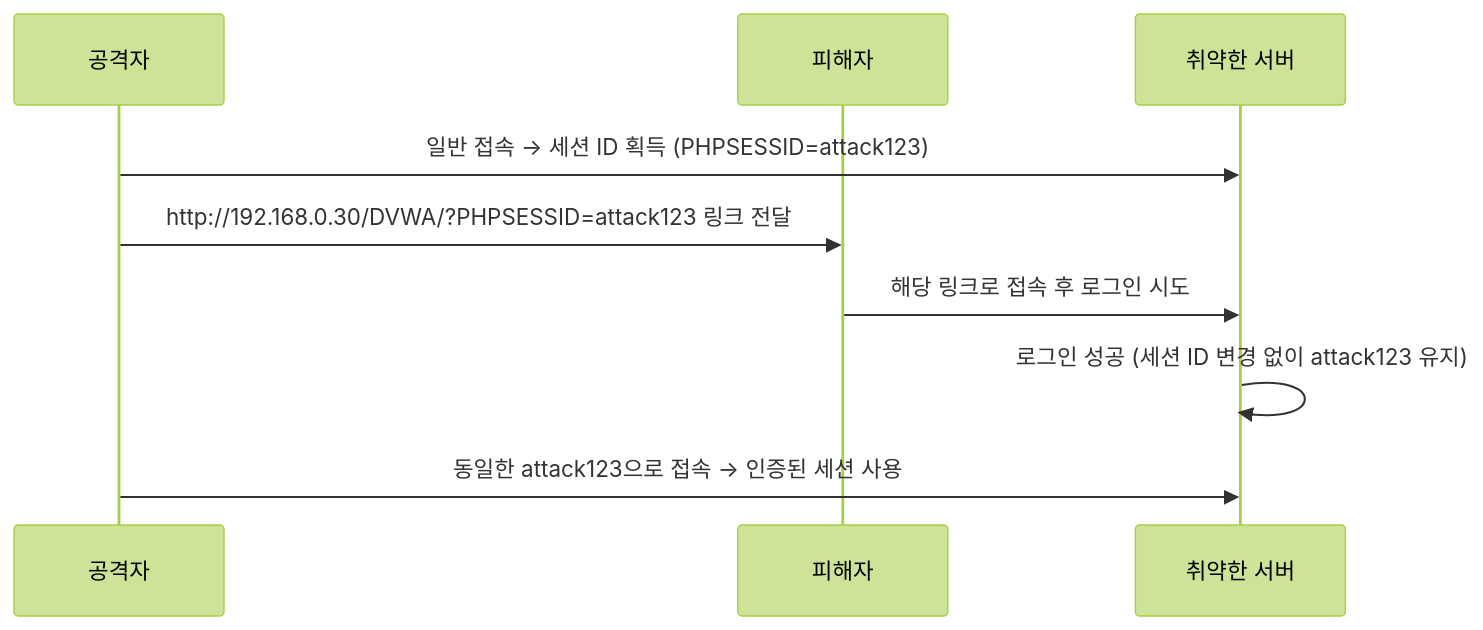
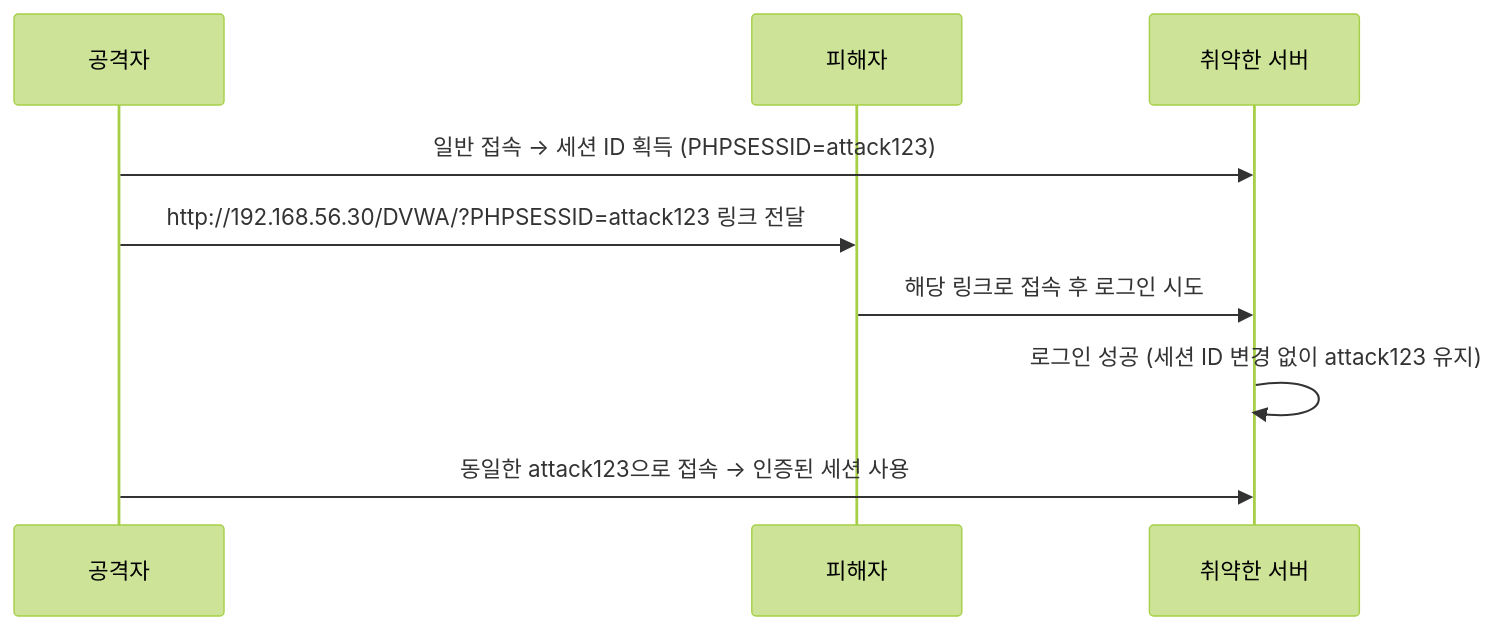
Before and after one commit to sbaek100/sbaek100.github.io: the fourth of 5 diagrams in _posts/1.응용강의/websecurity/2026-06-01-websec-06-session-security.md, drawn with Mermaid (forest theme). The commit also changed other lines of this file and 518 other files, not shown here.

````diff
--- a/_posts/1.응용강의/websecurity/2026-06-01-websec-06-session-security.md
+++ b/_posts/1.응용강의/websecurity/2026-06-01-websec-06-session-security.md
@@ -279,12 +279,12 @@
 ```mermaid
 sequenceDiagram
     participant A as 공격자
     participant V as 피해자
     participant S as 취약한 서버
 
     A->>S: 일반 접속 → 세션 ID 획득 (PHPSESSID=attack123)
-    A->>V: http://192.168.0.30/DVWA/?PHPSESSID=attack123 링크 전달
+    A->>V: http://192.168.56.30/DVWA/?PHPSESSID=attack123 링크 전달
     V->>S: 해당 링크로 접속 후 로그인 시도
     S->>S: 로그인 성공 (세션 ID 변경 없이 attack123 유지)
     A->>S: 동일한 attack123으로 접속 → 인증된 세션 사용
 ```
````
